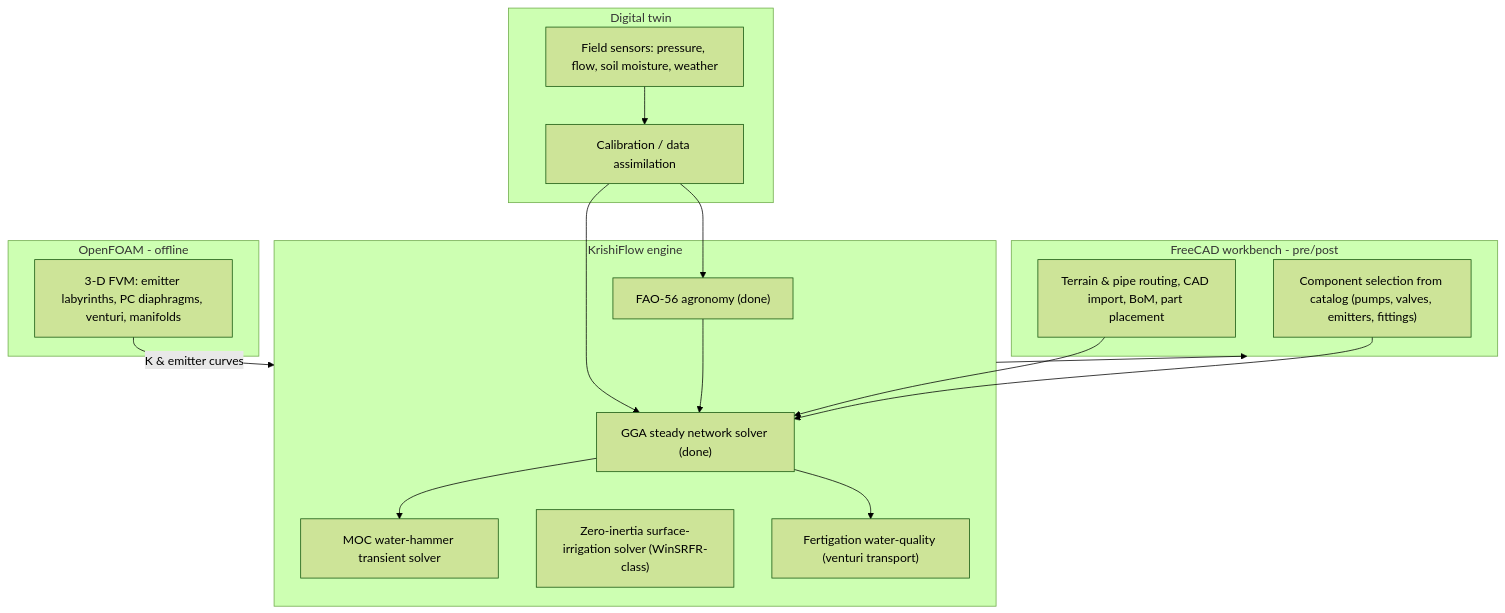
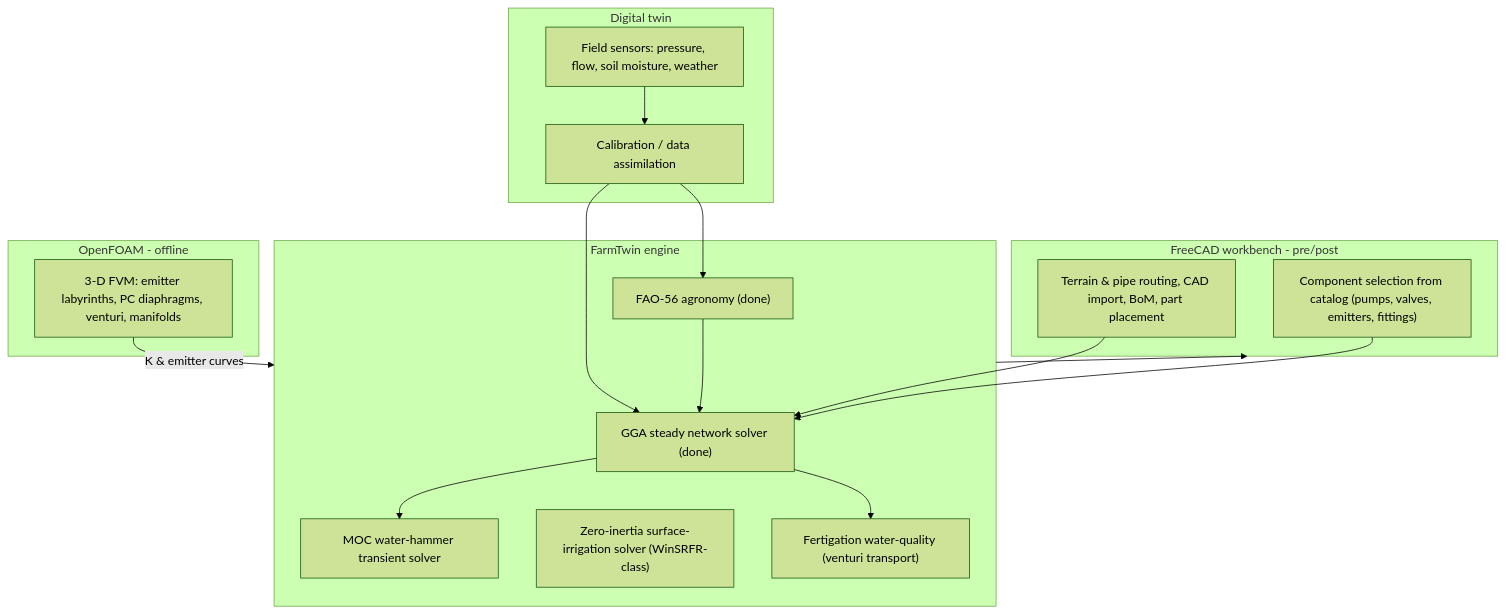
One commit to arunthanga/FarmTwin changed the diagram in engine/docs/11-freecad-openfoam-twin-iitpkd-roadmap.md. Above: the diagram before and after it, drawn with Mermaid (forest theme). The commit also changed other lines of this file and 30 other files, not shown here.

First line of the commit message:
brand: rebrand to FarmTwin and document trademark due diligence

````diff
--- a/engine/docs/11-freecad-openfoam-twin-iitpkd-roadmap.md
+++ b/engine/docs/11-freecad-openfoam-twin-iitpkd-roadmap.md
@@ -21,30 +21,30 @@
 ```mermaid
 flowchart TB
   subgraph fcad [FreeCAD workbench - pre/post]
     geo["Terrain & pipe routing, CAD import, BoM, part placement"]
     sel["Component selection from catalog (pumps, valves, emitters, fittings)"]
   end
-  subgraph eng [KrishiFlow engine]
+  subgraph eng [FarmTwin engine]
     gga["GGA steady network solver (done)"]
     moc["MOC water-hammer transient solver"]
     srfr["Zero-inertia surface-irrigation solver (WinSRFR-class)"]
     fao["FAO-56 agronomy (done)"]
     wq["Fertigation water-quality (venturi transport)"]
   end
   subgraph of [OpenFOAM - offline]
     cfd["3-D FVM: emitter labyrinths, PC diaphragms, venturi, manifolds"]
   end
   subgraph twin [Digital twin]
     sens["Field sensors: pressure, flow, soil moisture, weather"]
     cal["Calibration / data assimilation"]
   end
   geo --> gga
   sel --> gga
   cfd -->|K & emitter curves| eng
   fao --> gga
   gga --> moc
   gga --> wq
   sens --> cal --> gga
   cal --> fao
   eng --> fcad
 ```
````
